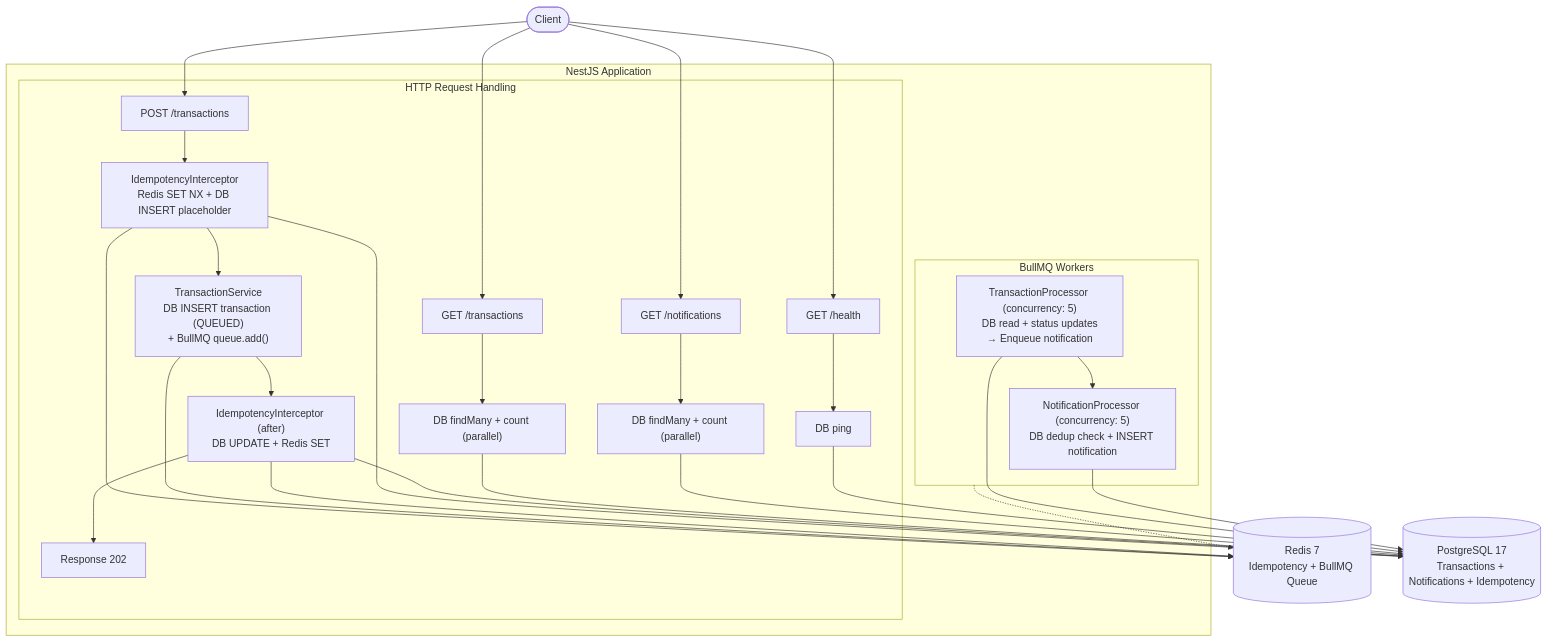
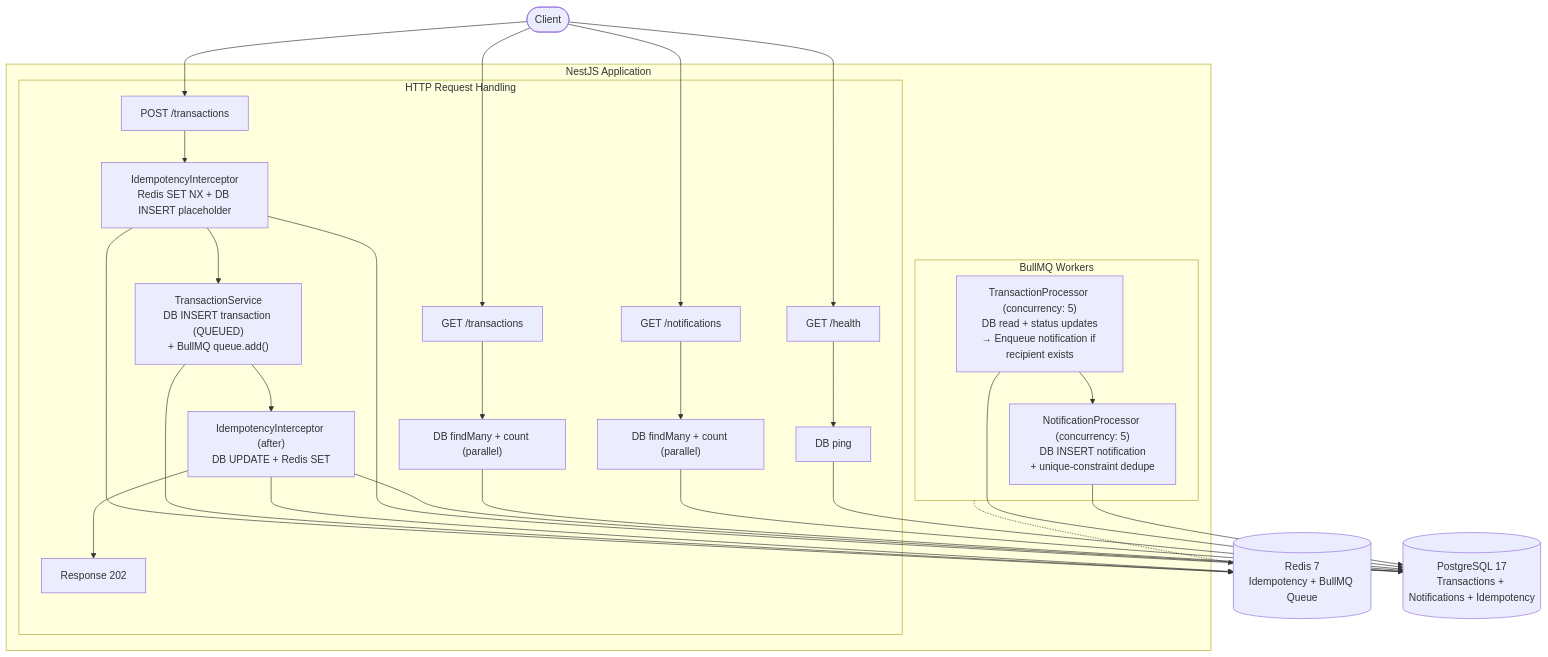
The second of 6 diagrams in docs/ARCHITECTURE.md (trongtrandp/Transaction-Ledger-System), drawn with Mermaid before and after one commit. The commit also changed other lines of this file and 22 other files, not shown here.

````diff
--- a/docs/ARCHITECTURE.md
+++ b/docs/ARCHITECTURE.md
@@ -28,45 +28,45 @@
 ```mermaid
 graph TD
     Client([Client])
 
     subgraph NestJS["NestJS Application"]
         subgraph HTTP["HTTP Request Handling"]
             POST["POST /transactions"]
             GET_TX["GET /transactions"]
             GET_NTF["GET /notifications"]
             HEALTH["GET /health"]
 
             POST --> IDEMP_CHECK["IdempotencyInterceptor<br/>Redis SET NX + DB INSERT placeholder"]
             IDEMP_CHECK --> TX_SVC["TransactionService<br/>DB INSERT transaction (QUEUED)<br/>+ BullMQ queue.add()"]
             TX_SVC --> IDEMP_STORE["IdempotencyInterceptor (after)<br/>DB UPDATE + Redis SET"]
             IDEMP_STORE --> RES_202["Response 202"]
 
             GET_TX --> FIND_ALL["DB findMany + count (parallel)"]
             GET_NTF --> FIND_NTF["DB findMany + count (parallel)"]
             HEALTH --> PING["DB ping"]
         end
 
         subgraph Workers["BullMQ Workers"]
-            TX_PROC["TransactionProcessor (concurrency: 5)<br/>DB read + status updates<br/>→ Enqueue notification"]
-            NTF_PROC["NotificationProcessor (concurrency: 5)<br/>DB dedup check + INSERT notification"]
+            TX_PROC["TransactionProcessor (concurrency: 5)<br/>DB read + status updates<br/>→ Enqueue notification if recipient exists"]
+            NTF_PROC["NotificationProcessor (concurrency: 5)<br/>DB INSERT notification<br/>+ unique-constraint dedupe"]
             TX_PROC --> NTF_PROC
         end
     end
 
     Client --> POST
     Client --> GET_TX
     Client --> GET_NTF
     Client --> HEALTH
 
     IDEMP_CHECK --> Redis[(Redis 7<br/>Idempotency + BullMQ Queue)]
     TX_SVC --> Redis
     IDEMP_STORE --> Redis
     IDEMP_CHECK --> PG[(PostgreSQL 17<br/>Transactions + Notifications + Idempotency)]
     IDEMP_STORE --> PG
     FIND_ALL --> PG
     FIND_NTF --> PG
     PING --> PG
     TX_PROC --> PG
     NTF_PROC --> PG
     Workers -.-> Redis
 ```
````
